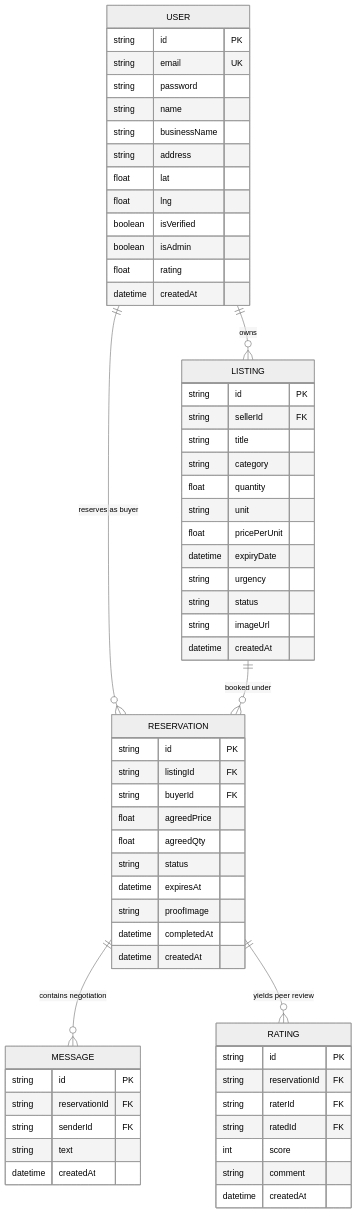
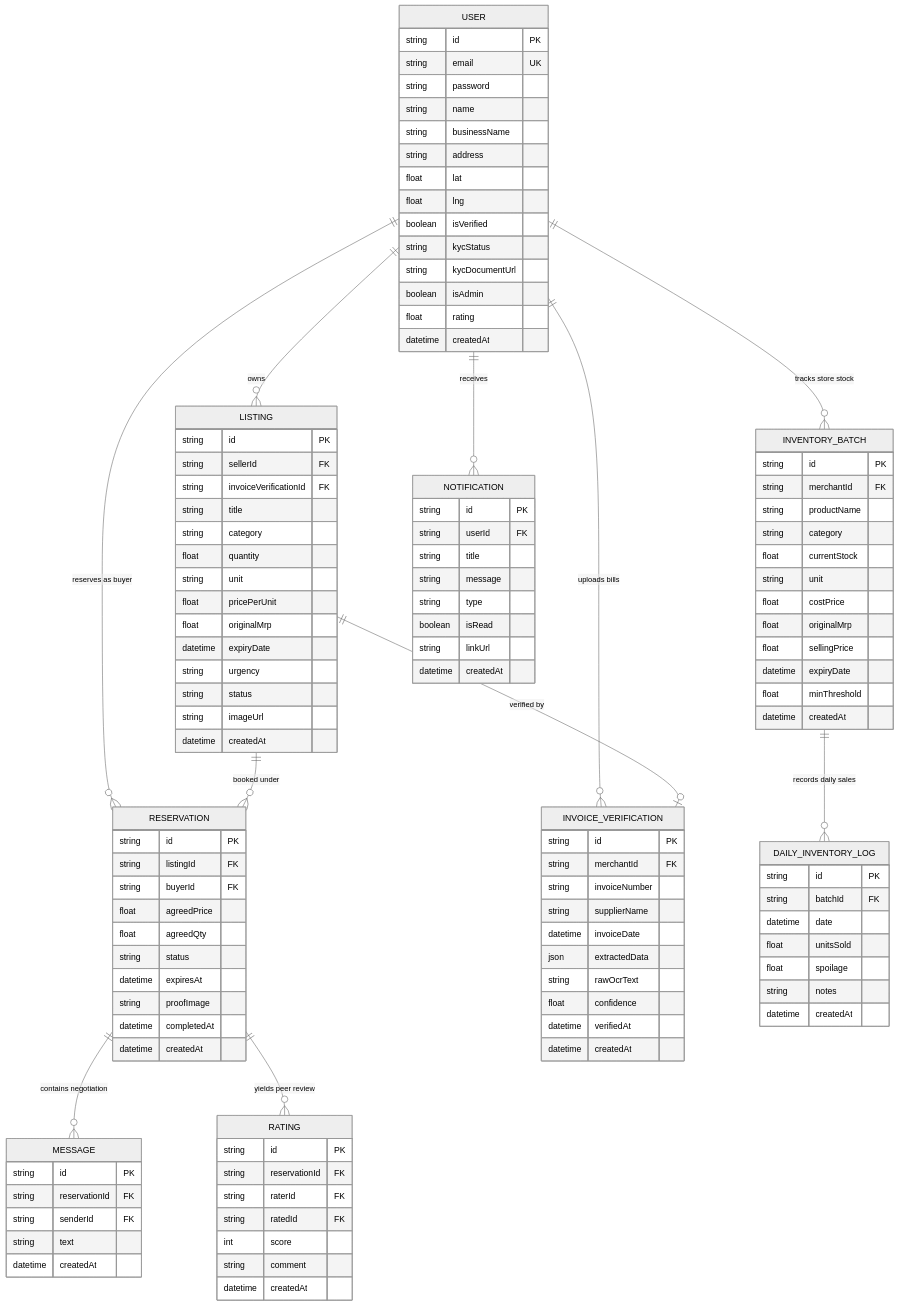
Before and after one commit to DRAGO1990/STOCKBRIDGE_VAPOUR: the first of 2 diagrams in TECHNOLOGY_ARCHITECTURE.md, drawn with Mermaid (neutral theme). The commit also changed other lines of this file and 3 other files, not shown here.

Commit message:
docs: update specifications, architecture, and pitch with AI invoice OCR and smart inventory features

````diff
--- a/TECHNOLOGY_ARCHITECTURE.md
+++ b/TECHNOLOGY_ARCHITECTURE.md
@@ -92,7 +100,12 @@
 erDiagram
     USER ||--o{ LISTING : "owns"
     USER ||--o{ RESERVATION : "reserves as buyer"
+    USER ||--o{ INVENTORY_BATCH : "tracks store stock"
+    USER ||--o{ INVOICE_VERIFICATION : "uploads bills"
+    USER ||--o{ NOTIFICATION : "receives"
+    LISTING ||--o| INVOICE_VERIFICATION : "verified by"
     LISTING ||--o{ RESERVATION : "booked under"
+    INVENTORY_BATCH ||--o{ DAILY_INVENTORY_LOG : "records daily sales"
     RESERVATION ||--o{ MESSAGE : "contains negotiation"
     RESERVATION ||--o{ RATING : "yields peer review"
 
@@ -106,6 +119,8 @@
         float lat
         float lng
         boolean isVerified
+        string kycStatus
+        string kycDocumentUrl
         boolean isAdmin
         float rating
         datetime createdAt
@@ -114,15 +129,55 @@
     LISTING {
         string id PK
         string sellerId FK
+        string invoiceVerificationId FK
         string title
         string category
         float quantity
         string unit
         float pricePerUnit
+        float originalMrp
         datetime expiryDate
         string urgency
         string status
         string imageUrl
+        datetime createdAt
+    }
+
+    INVOICE_VERIFICATION {
+        string id PK
+        string merchantId FK
+        string invoiceNumber
+        string supplierName
+        datetime invoiceDate
+        json extractedData
+        string rawOcrText
+        float confidence
+        datetime verifiedAt
+        datetime createdAt
+    }
+
+    INVENTORY_BATCH {
+        string id PK
+        string merchantId FK
+        string productName
+        string category
+        float currentStock
+        string unit
+        float costPrice
+        float originalMrp
+        float sellingPrice
+        datetime expiryDate
+        float minThreshold
+        datetime createdAt
+    }
+
+    DAILY_INVENTORY_LOG {
+        string id PK
+        string batchId FK
+        datetime date
+        float unitsSold
+        float spoilage
+        string notes
         datetime createdAt
     }
 
@@ -156,4 +211,15 @@
         string comment
         datetime createdAt
     }
+
+    NOTIFICATION {
+        string id PK
+        string userId FK
+        string title
+        string message
+        string type
+        boolean isRead
+        string linkUrl
+        datetime createdAt
+    }
 ```
````
